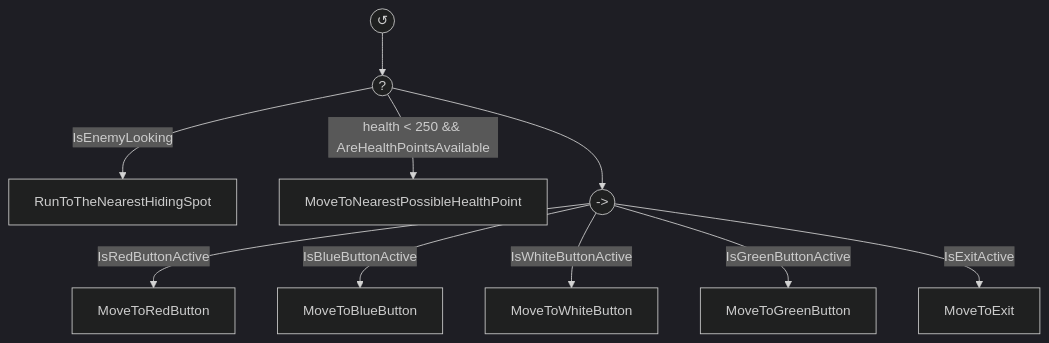
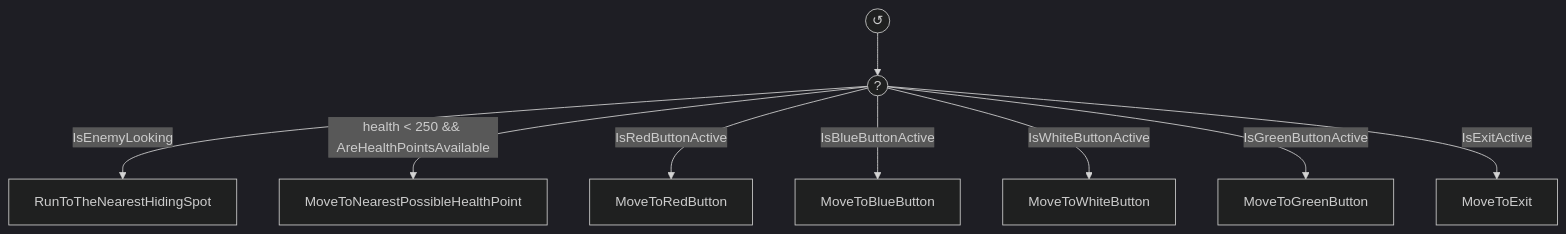
The second of 4 diagrams in README.md (IAV24-G02/IAV24-G02-P3), drawn with Mermaid (dark theme) before and after one commit. The commit also changed 13 other files, not shown here.

````diff
--- a/README.md
+++ b/README.md
@@ -119,12 +119,11 @@
 ```mermaid
 flowchart TD
     A(("↺")) --> B((?))
     B -->|IsEnemyLooking| C[RunToTheNearestHidingSpot]
     B -->|health < 250 && AreHealthPointsAvailable| D[MoveToNearestPossibleHealthPoint]
-    B --> J(("->"))
-    J -->|IsRedButtonActive| E[MoveToRedButton]
-    J -->|IsBlueButtonActive| F[MoveToBlueButton]
-    J -->|IsWhiteButtonActive| G[MoveToWhiteButton]
-    J -->|IsGreenButtonActive| H[MoveToGreenButton]
-    J -->|IsExitActive| I[MoveToExit]
+    B -->|IsRedButtonActive| E[MoveToRedButton]
+    B -->|IsBlueButtonActive| F[MoveToBlueButton]
+    B -->|IsWhiteButtonActive| G[MoveToWhiteButton]
+    B -->|IsGreenButtonActive| H[MoveToGreenButton]
+    B -->|IsExitActive| I[MoveToExit]
 ```
````
